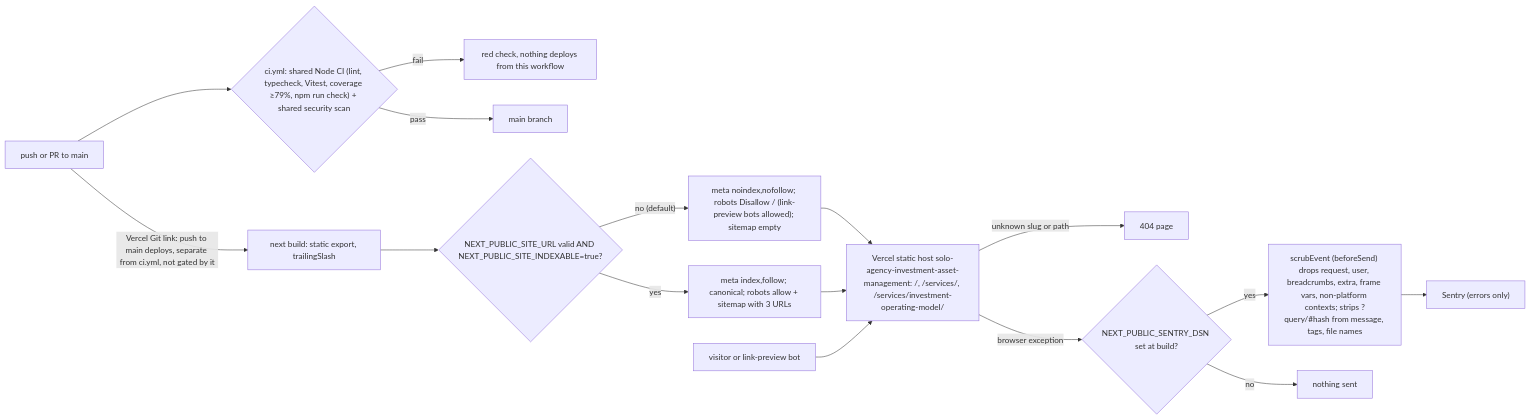
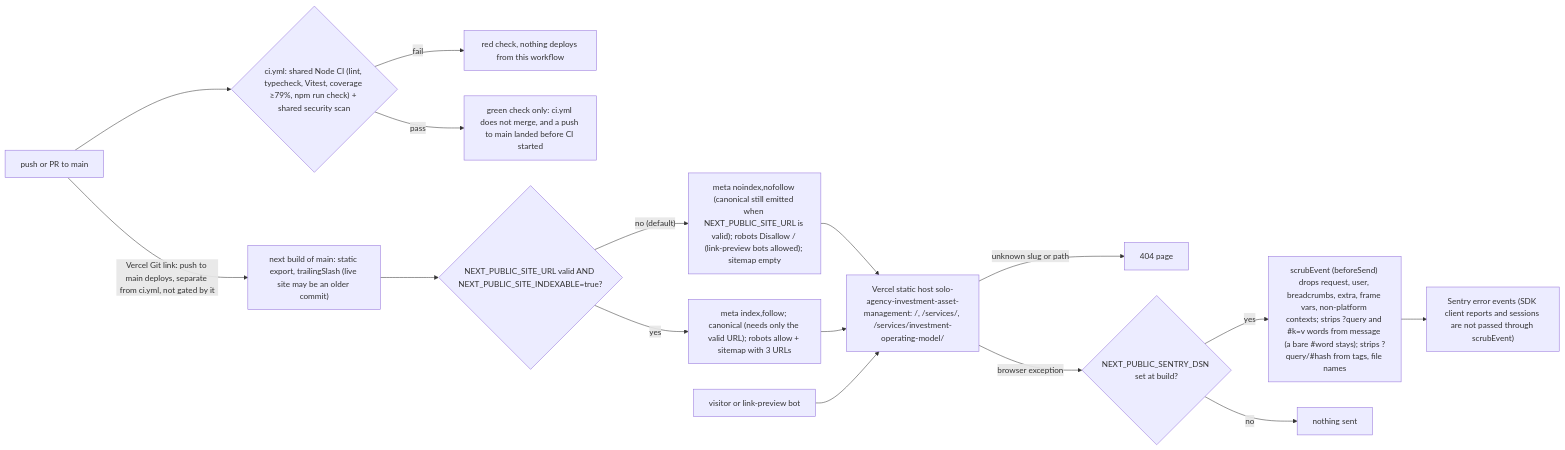
The second of 2 diagrams in docs/diagrams/01-business-process.md (bookchaowalit-agency/agency-investment-asset-management-web), drawn with Mermaid before and after one commit. The commit also changed other lines of this file, not shown here.

````diff
--- a/docs/diagrams/01-business-process.md
+++ b/docs/diagrams/01-business-process.md
@@ -41,17 +41,17 @@
 ```mermaid
 flowchart LR
   DEV["push or PR to main"] --> CI{"ci.yml: shared Node CI (lint, typecheck, Vitest, coverage ≥79%, npm run check) + shared security scan"}
   CI -->|fail| RED["red check, nothing deploys from this workflow"]
-  CI -->|pass| MAIN["main branch"]
-  DEV -->|"Vercel Git link: push to main deploys, separate from ci.yml, not gated by it"| BUILD["next build: static export, trailingSlash"]
+  CI -->|pass| GREEN["green check only: ci.yml does not merge, and a push to main landed before CI started"]
+  DEV -->|"Vercel Git link: push to main deploys, separate from ci.yml, not gated by it"| BUILD["next build of main: static export, trailingSlash (live site may be an older commit)"]
   BUILD --> GATE{"NEXT_PUBLIC_SITE_URL valid AND NEXT_PUBLIC_SITE_INDEXABLE=true?"}
-  GATE -->|"no (default)"| NOIDX["meta noindex,nofollow; robots Disallow / (link-preview bots allowed); sitemap empty"]
-  GATE -->|yes| IDX["meta index,follow; canonical; robots allow + sitemap with 3 URLs"]
+  GATE -->|"no (default)"| NOIDX["meta noindex,nofollow (canonical still emitted when NEXT_PUBLIC_SITE_URL is valid); robots Disallow / (link-preview bots allowed); sitemap empty"]
+  GATE -->|yes| IDX["meta index,follow; canonical (needs only the valid URL); robots allow + sitemap with 3 URLs"]
   NOIDX --> SITE["Vercel static host solo-agency-investment-asset-management: /, /services/, /services/investment-operating-model/"]
   IDX --> SITE
   VIS["visitor or link-preview bot"] --> SITE
   SITE -->|"unknown slug or path"| NF["404 page"]
   SITE -->|"browser exception"| DSN{"NEXT_PUBLIC_SENTRY_DSN set at build?"}
-  DSN -->|yes| SCRUB["scrubEvent (beforeSend) drops request, user, breadcrumbs, extra, frame vars, non-platform contexts; strips ?query/#hash from message, tags, file names"] --> SENTRY["Sentry (errors only)"]
+  DSN -->|yes| SCRUB["scrubEvent (beforeSend) drops request, user, breadcrumbs, extra, frame vars, non-platform contexts; strips ?query and #k=v words from message (a bare #word stays); strips ?query/#hash from tags, file names"] --> SENTRY["Sentry error events (SDK client reports and sessions are not passed through scrubEvent)"]
   DSN -->|no| NONE["nothing sent"]
 ```
````
